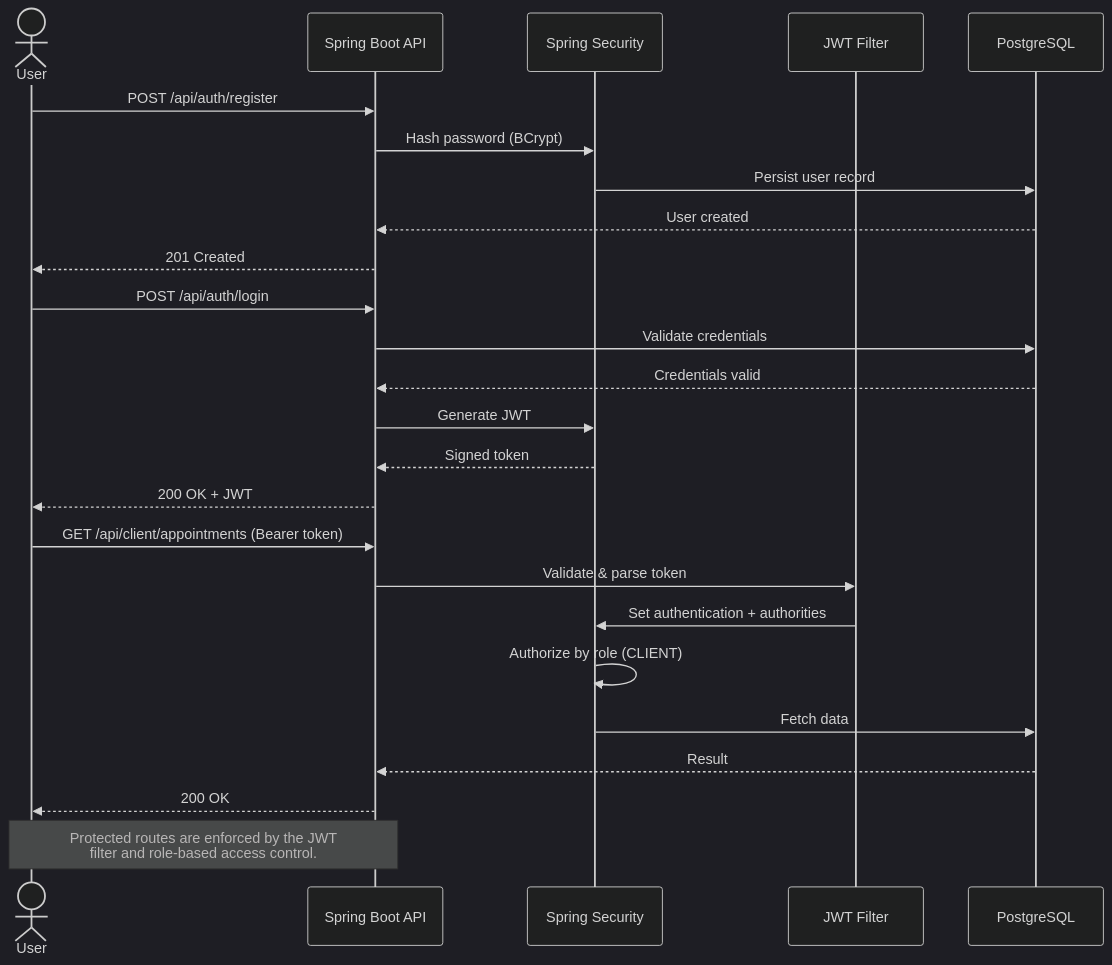
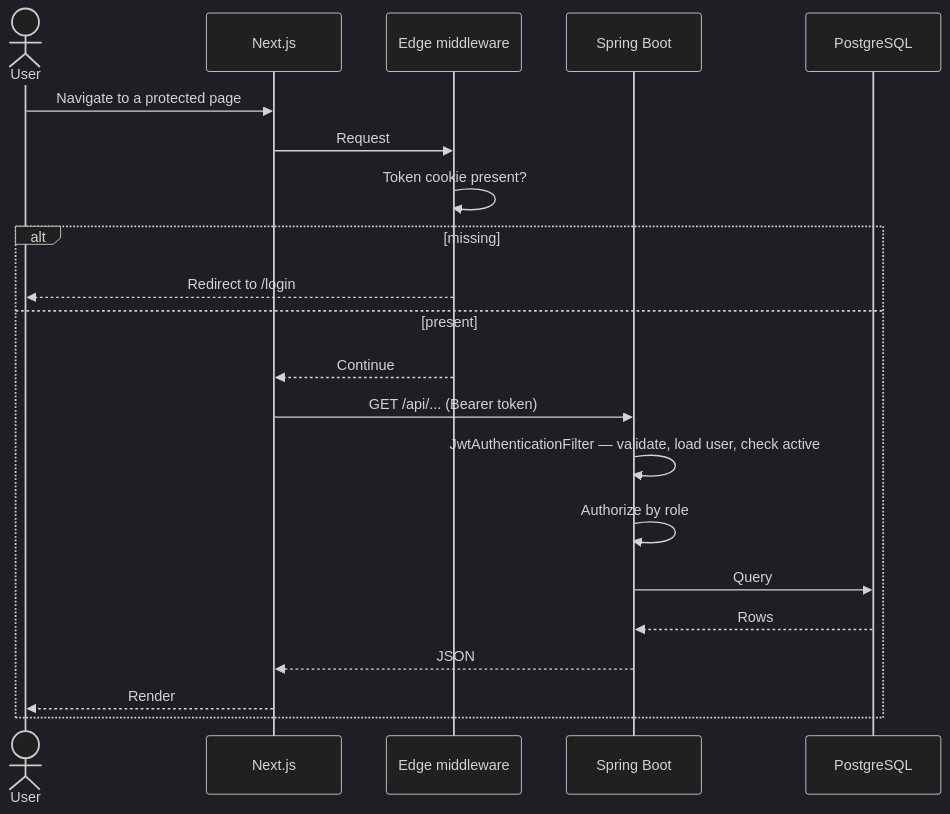
Before and after one commit to arshraj1020/vakil-connect: the second of 2 diagrams in README.md, drawn with Mermaid (dark theme). The commit also changed other lines of this file and 54 other files, not shown here.

````diff
--- a/README.md
+++ b/README.md
@@ -256,31 +135,24 @@
 ```mermaid
 sequenceDiagram
- actor User
- participant API as Spring Boot API
- participant Sec as Spring Security
- participant JWT as JWT Filter
- participant DB as PostgreSQL
+    actor U as User
+    participant F as Next.js
+    participant M as Edge middleware
+    participant A as Spring Boot
+    participant D as PostgreSQL
 
- User->>API: POST /api/auth/register
- API->>Sec: Hash password (BCrypt)
- Sec->>DB: Persist user record
- DB-->>API: User created
- API-->>User: 201 Created
-
- User->>API: POST /api/auth/login
- API->>DB: Validate credentials
- DB-->>API: Credentials valid
- API->>Sec: Generate JWT
- Sec-->>API: Signed token
- API-->>User: 200 OK + JWT
-
- User->>API: GET /api/client/appointments (Bearer token)
- API->>JWT: Validate & parse token
- JWT->>Sec: Set authentication + authorities
- Sec->>Sec: Authorize by role (CLIENT)
- Sec->>DB: Fetch data
- DB-->>API: Result
- API-->>User: 200 OK
-
- Note over User,API: Protected routes are enforced by the JWT<br/>filter and role-based access control.
+    U->>F: Navigate to a protected page
+    F->>M: Request
+    M->>M: Token cookie present?
+    alt missing
+        M-->>U: Redirect to /login
+    else present
+        M-->>F: Continue
+        F->>A: GET /api/... (Bearer token)
+        A->>A: JwtAuthenticationFilter — validate, load user, check active
+        A->>A: Authorize by role
+        A->>D: Query
+        D-->>A: Rows
+        A-->>F: JSON
+        F-->>U: Render
+    end
 ```
````
